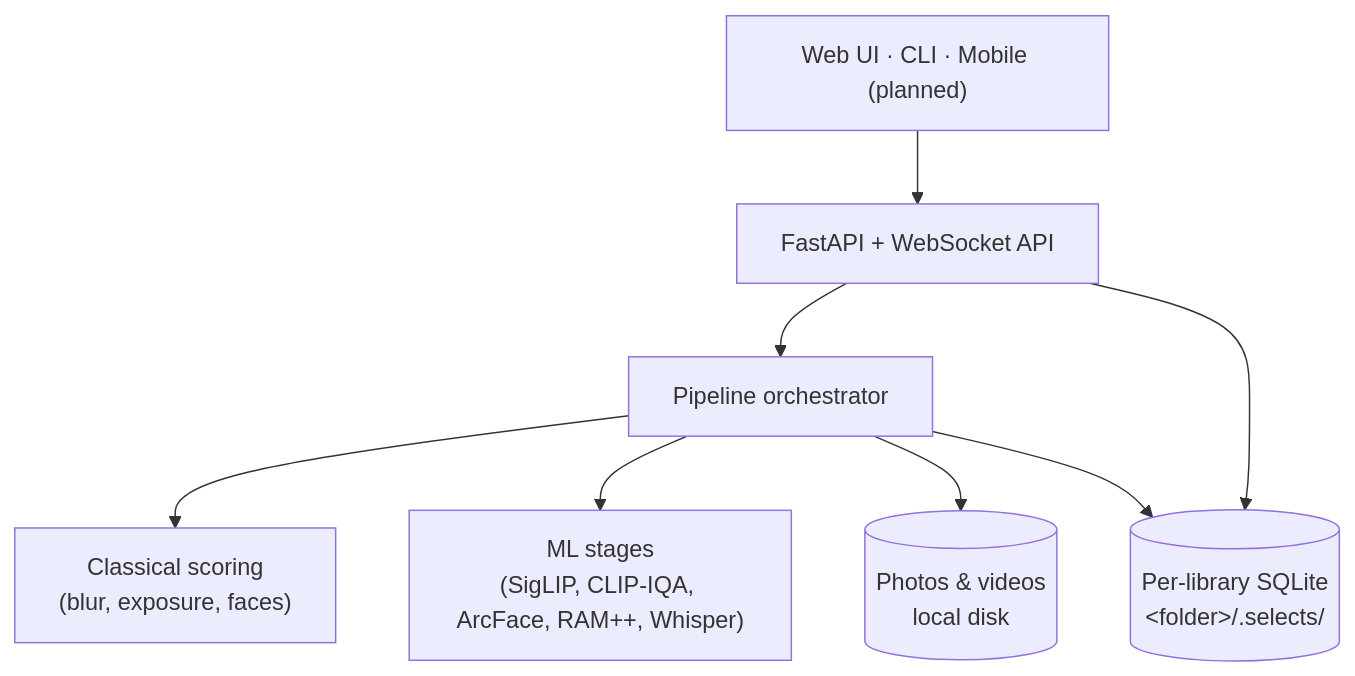
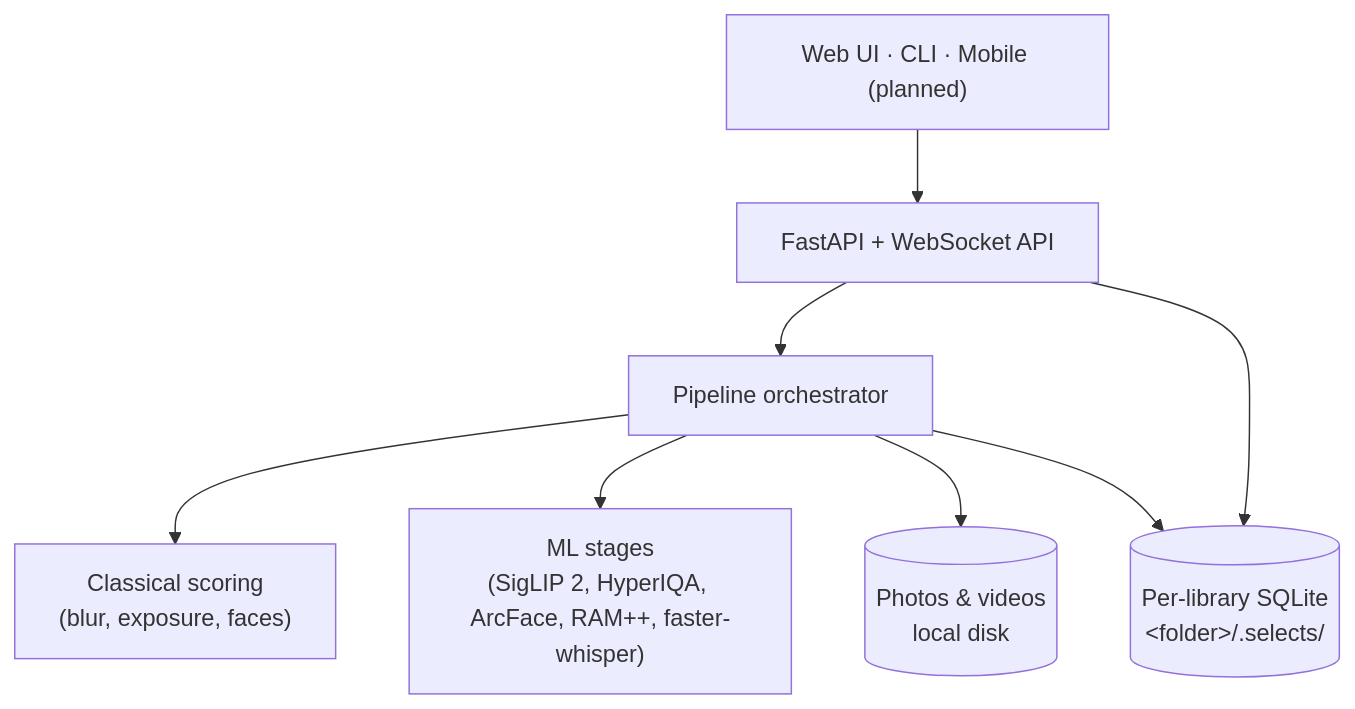
Before and after one commit to bihanikeshav/selects: the diagram in README.md, drawn with Mermaid. The commit also changed other lines of this file and 26 other files, not shown here.

First line of the commit message:
feat: SigLIP 2, HyperIQA, faster-whisper, and working CUDA on Windows

````diff
--- a/README.md
+++ b/README.md
@@ -113,18 +117,18 @@
 ```mermaid
 flowchart TD
     Clients["Web UI · CLI · Mobile (planned)"]
     API["FastAPI + WebSocket API"]
     Pipeline["Pipeline orchestrator"]
     Classical["Classical scoring<br/>(blur, exposure, faces)"]
-    ML["ML stages<br/>(SigLIP, CLIP-IQA, ArcFace, RAM++, Whisper)"]
+    ML["ML stages<br/>(SigLIP 2, HyperIQA, ArcFace, RAM++, faster-whisper)"]
     Files[("Photos & videos<br/>local disk")]
     DB[("Per-library SQLite<br/>&lt;folder&gt;/.selects/")]
 
     Clients --> API
     API --> Pipeline
     API --> DB
     Pipeline --> Classical
     Pipeline --> ML
     Pipeline --> Files
     Pipeline --> DB
 ```
````
